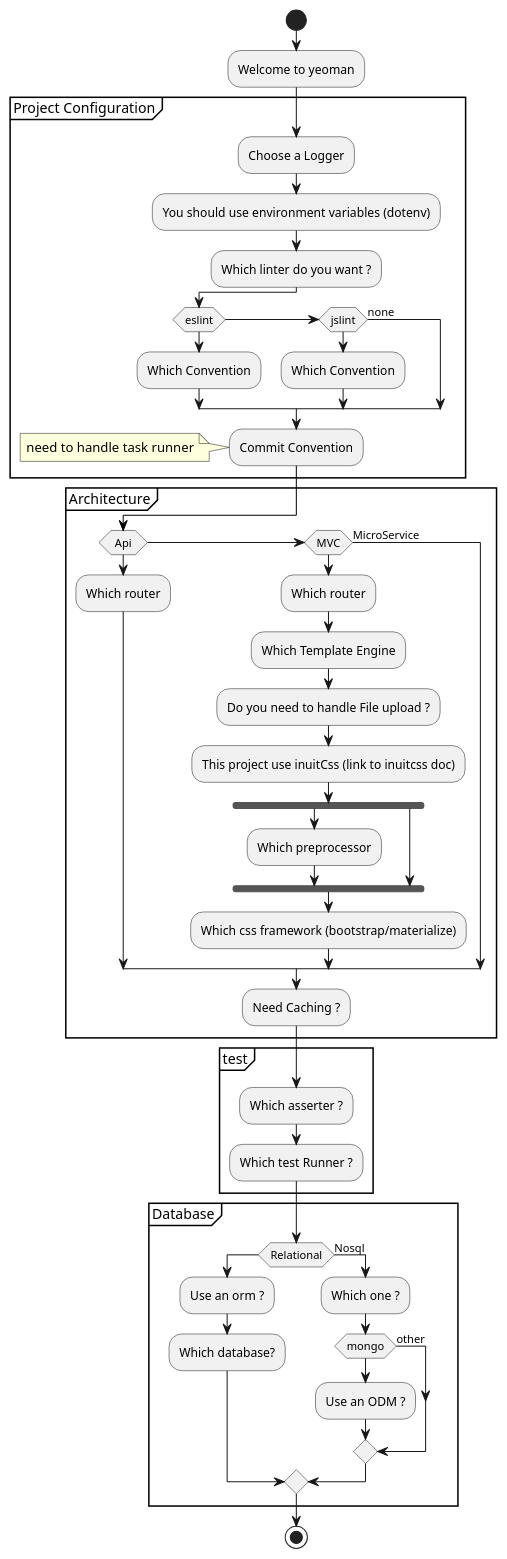
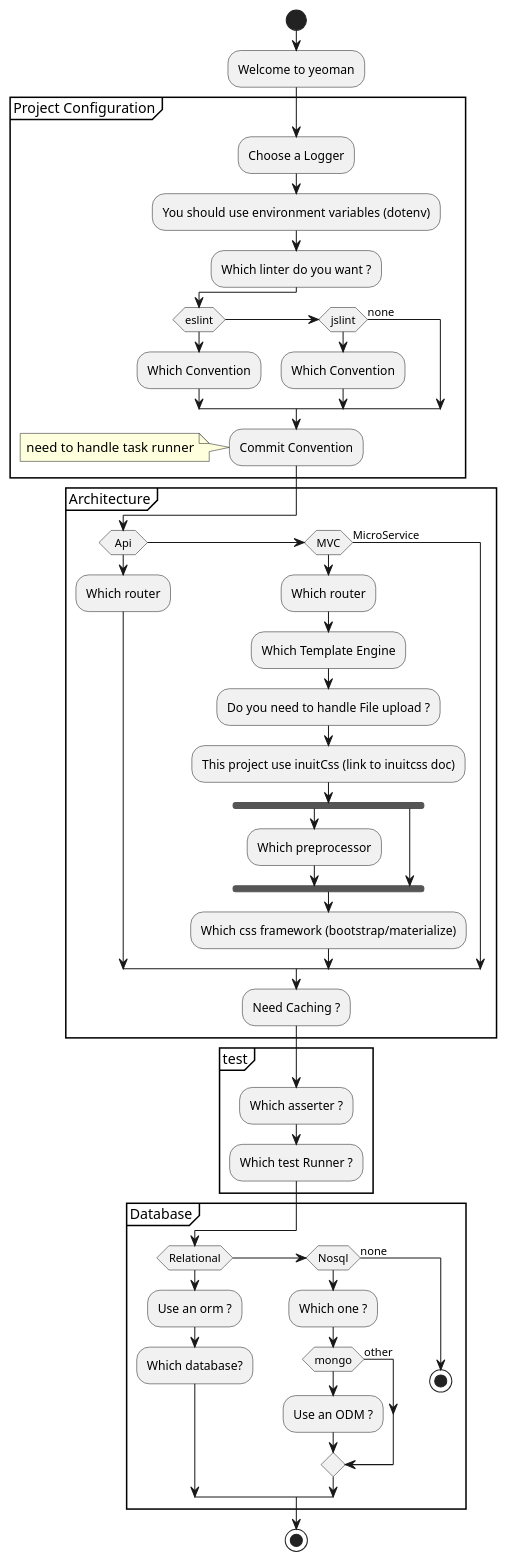
The diagram in activity-diagram.wsd (mJehanno/generator-yag), drawn with PlantUML before and after one commit.

Commit message:
chore(UML): Fix diagrams arrow's color problem (all the same now)

```diff
--- a/activity-diagram.wsd
+++ b/activity-diagram.wsd
@@ -1,55 +1,56 @@
 @startuml yag
 start
 :Welcome to yeoman;
 partition "Project Configuration"{
   :Choose a Logger;
   :You should use environment variables (dotenv);
   :Which linter do you want ?;
   if (eslint)
   :Which Convention;
   elseif (jslint)
   :Which Convention;
   else (none)
   endif
   :Commit Convention;
   note: need to handle task runner
-  -[#black]->
 }
 
 partition Architecture {
 
   if (Api)
     :Which router;
   elseif (MVC)
     :Which router;
     :Which Template Engine;
     :Do you need to handle File upload ?;
     :This project use inuitCss (link to inuitcss doc);
     fork
       :Which preprocessor;
     fork again
     endfork
     :Which css framework (bootstrap/materialize);
   else (MicroService)
   endif
   :Need Caching ?;
 }
 partition test {
   :Which asserter ?;
   :Which test Runner ?;
 }
 partition Database {
   if (Relational)
     :Use an orm ?;
     :Which database?;
-  else (Nosql)
+  elseif (Nosql)
     :Which one ?;
     if (mongo)
       :Use an ODM ?;
     else (other)
     endif
+  else (none)
+    stop
   endif
 }
 
 stop
 @enduml
```
